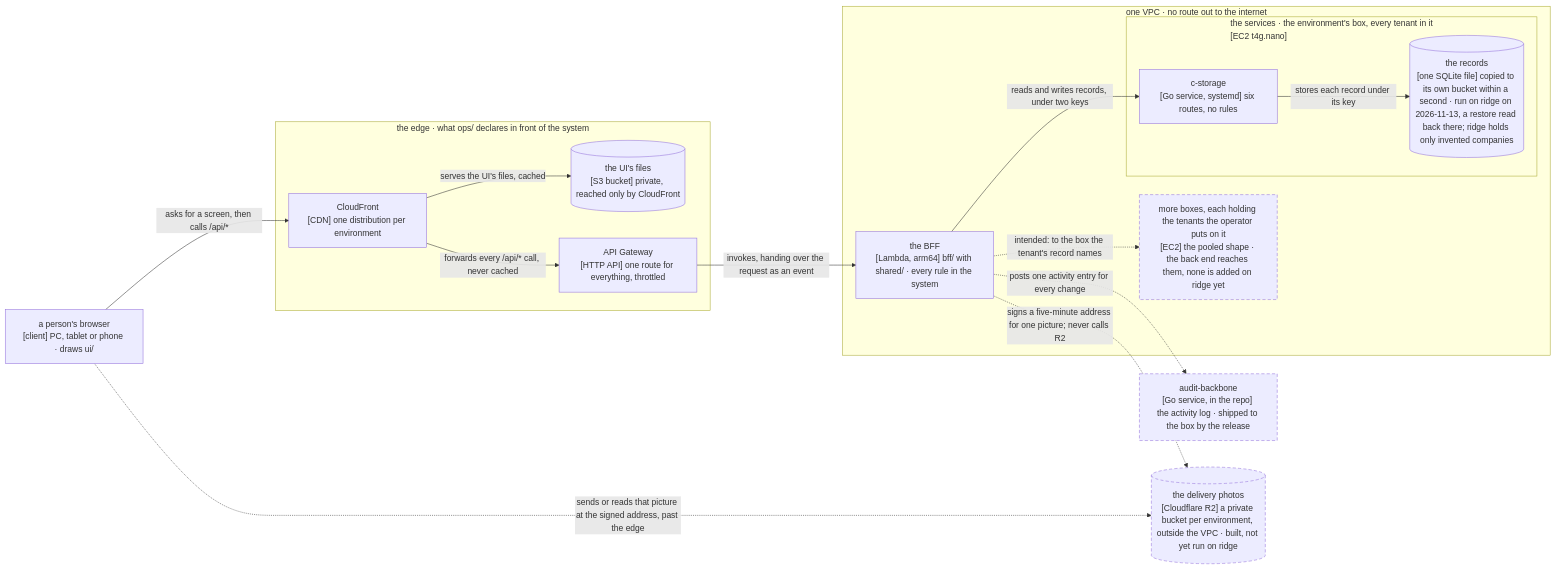
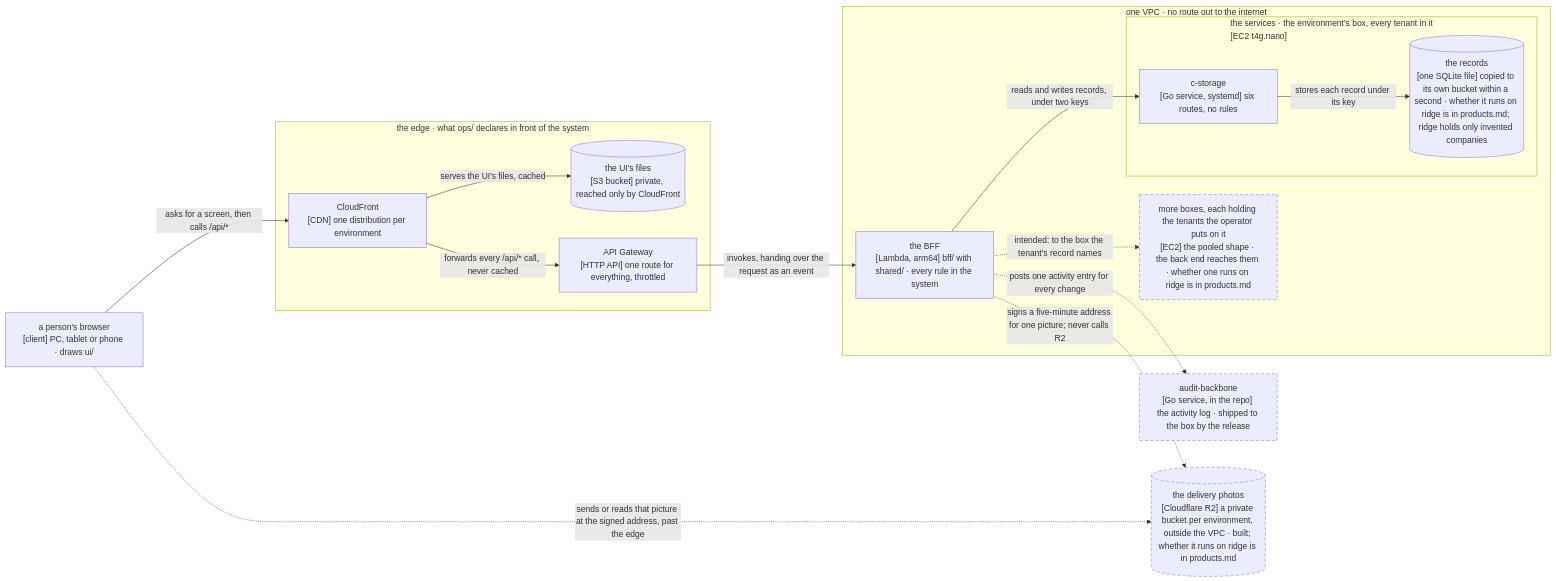
The diagram in docs/architecture.md (ancJ29/credo), drawn with Mermaid before and after one commit. The commit also changed other lines of this file and 11 other files, not shown here.

First line of the commit message:
docs: the ridge state in one home, the stale lines made pointers, the products rows true, seven open items filed

````diff
--- a/docs/architecture.md
+++ b/docs/architecture.md
@@ -20,31 +20,31 @@
 ```mermaid
 flowchart LR
   browser["a person's browser<br/>[client] PC, tablet or phone · draws ui/"]
   subgraph edge["the edge · what ops/ declares in front of the system"]
     cdn["CloudFront<br/>[CDN] one distribution per environment"]
     s3[("the UI's files<br/>[S3 bucket] private, reached only by CloudFront")]
     api["API Gateway<br/>[HTTP API] one route for everything, throttled"]
   end
   subgraph vpc["one VPC · no route out to the internet"]
     bff["the BFF<br/>[Lambda, arm64] bff/ with shared/ · every rule in the system"]
     subgraph box["the services · the environment's box, every tenant in it<br/>[EC2 t4g.nano]"]
       cs["c-storage<br/>[Go service, systemd] six routes, no rules"]
-      db[("the records<br/>[one SQLite file] copied to its own bucket within a second · run on ridge on 2026-11-13, a restore read back there; ridge holds only invented companies")]
+      db[("the records<br/>[one SQLite file] copied to its own bucket within a second · whether it runs on ridge is in products.md; ridge holds only invented companies")]
     end
-    more["more boxes, each holding the tenants the operator puts on it<br/>[EC2] the pooled shape · the back end reaches them, none is added on ridge yet"]
+    more["more boxes, each holding the tenants the operator puts on it<br/>[EC2] the pooled shape · the back end reaches them · whether one runs on ridge is in products.md"]
   end
   ab["audit-backbone<br/>[Go service, in the repo] the activity log · shipped to the box by the release"]
-  r2[("the delivery photos<br/>[Cloudflare R2] a private bucket per environment, outside the VPC · built, not yet run on ridge")]
+  r2[("the delivery photos<br/>[Cloudflare R2] a private bucket per environment, outside the VPC · built; whether it runs on ridge is in products.md")]
   browser -- "asks for a screen, then calls /api/*" --> cdn
   cdn -- "serves the UI's files, cached" --> s3
   cdn -- "forwards every /api/* call, never cached" --> api
   api -- "invokes, handing over the request as an event" --> bff
   bff -- "reads and writes records, under two keys" --> cs
   cs -- "stores each record under its key" --> db
   bff -. "posts one activity entry for every change" .-> ab
   bff -. "intended: to the box the tenant's record names" .-> more
   bff -. "signs a five-minute address for one picture; never calls R2" .-> r2
   browser -. "sends or reads that picture at the signed address, past the edge" .-> r2
   classDef intended stroke-dasharray: 6 4
   class ab,more,r2 intended
 ```
````
